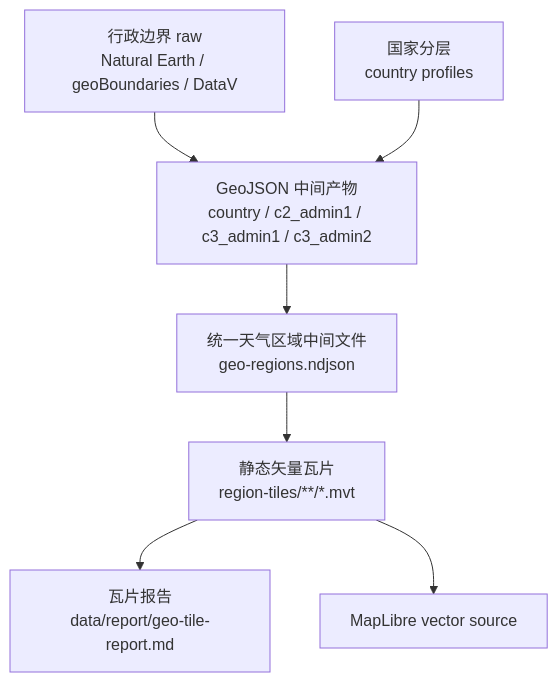
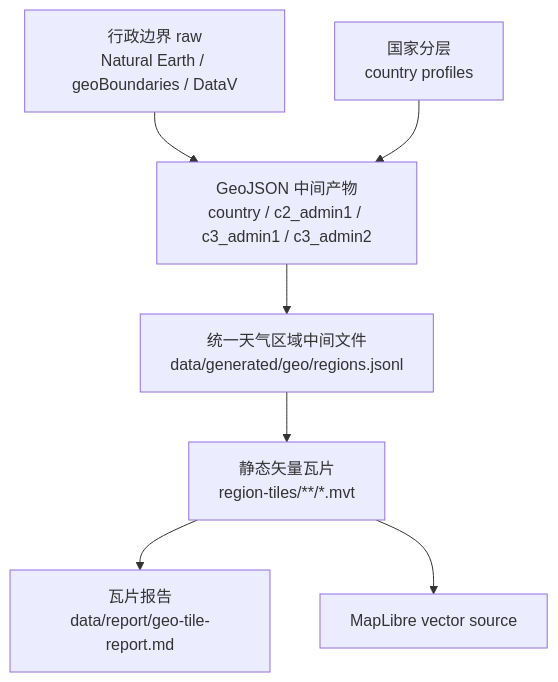
One commit to xiaomingio/weather-trip changed the diagram in docs/specs/40-map-vector-tiles-performance.md. Above: the diagram before and after it, drawn with Mermaid. The commit also changed other lines of this file and 499 other files, not shown here.

Commit message:
chore: compact generated public data

````diff
--- a/docs/specs/40-map-vector-tiles-performance.md
+++ b/docs/specs/40-map-vector-tiles-performance.md
@@ -232,17 +232,17 @@
 ```mermaid
 flowchart TD
   rawBoundary["行政边界 raw<br/>Natural Earth / geoBoundaries / DataV"]
   profiles["国家分层<br/>country profiles"]
   geojson["GeoJSON 中间产物<br/>country / c2_admin1 / c3_admin1 / c3_admin2"]
-  regions["统一天气区域中间文件<br/>geo-regions.ndjson"]
+  regions["统一天气区域中间文件<br/>data/generated/geo/regions.jsonl"]
   tiles["静态矢量瓦片<br/>region-tiles/**/*.mvt"]
   report["瓦片报告<br/>data/report/geo-tile-report.md"]
   browser["MapLibre vector source"]
 
   rawBoundary --> geojson
   profiles --> geojson
   geojson --> regions
   regions --> tiles
   tiles --> report
   tiles --> browser
 ```
````
